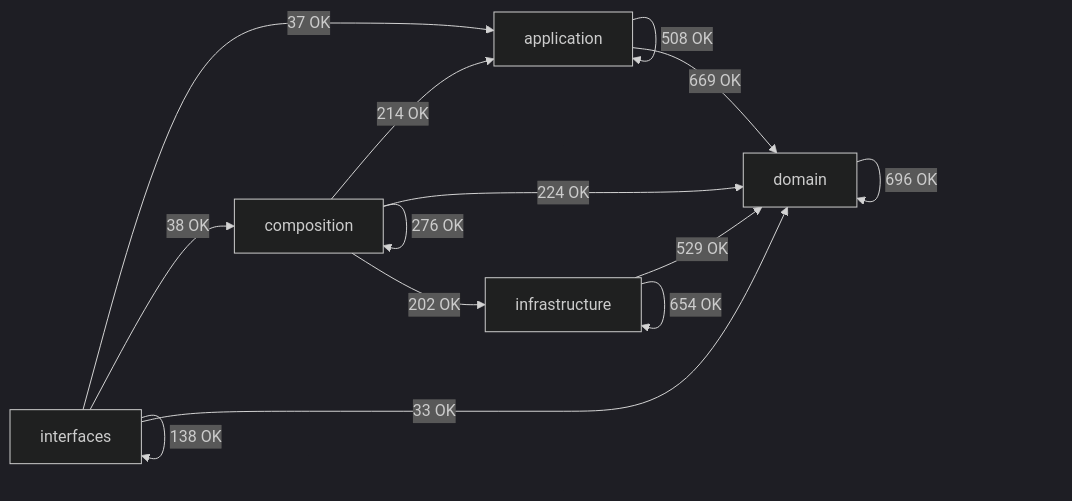
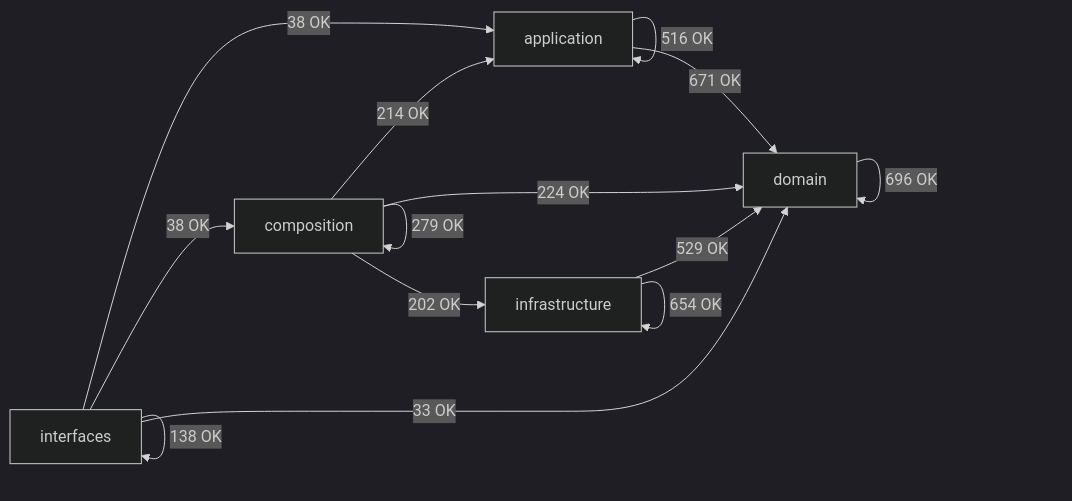
One commit to SatoryKono/BioactivityDataAcquisition changed the diagram in docs/02-architecture/generated/module-dependency-map.md. Above: the diagram before and after it, drawn with Mermaid (dark theme). The commit also changed other lines of this file and 138 other files, not shown here.

First line of the commit message:
Refactor debt scorecard and diagram tooling

````diff
--- a/docs/02-architecture/generated/module-dependency-map.md
+++ b/docs/02-architecture/generated/module-dependency-map.md
@@ -16,21 +16,21 @@
 ```mermaid
 flowchart LR
     domain[domain]
     application[application]
     infrastructure[infrastructure]
     composition[composition]
     interfaces[interfaces]
-    application -->|508 OK| application
-    application -->|669 OK| domain
+    application -->|516 OK| application
+    application -->|671 OK| domain
     composition -->|214 OK| application
-    composition -->|276 OK| composition
+    composition -->|279 OK| composition
     composition -->|224 OK| domain
     composition -->|202 OK| infrastructure
     domain -->|696 OK| domain
     infrastructure -->|529 OK| domain
     infrastructure -->|654 OK| infrastructure
-    interfaces -->|37 OK| application
+    interfaces -->|38 OK| application
     interfaces -->|38 OK| composition
     interfaces -->|33 OK| domain
     interfaces -->|138 OK| interfaces
 ```
````
